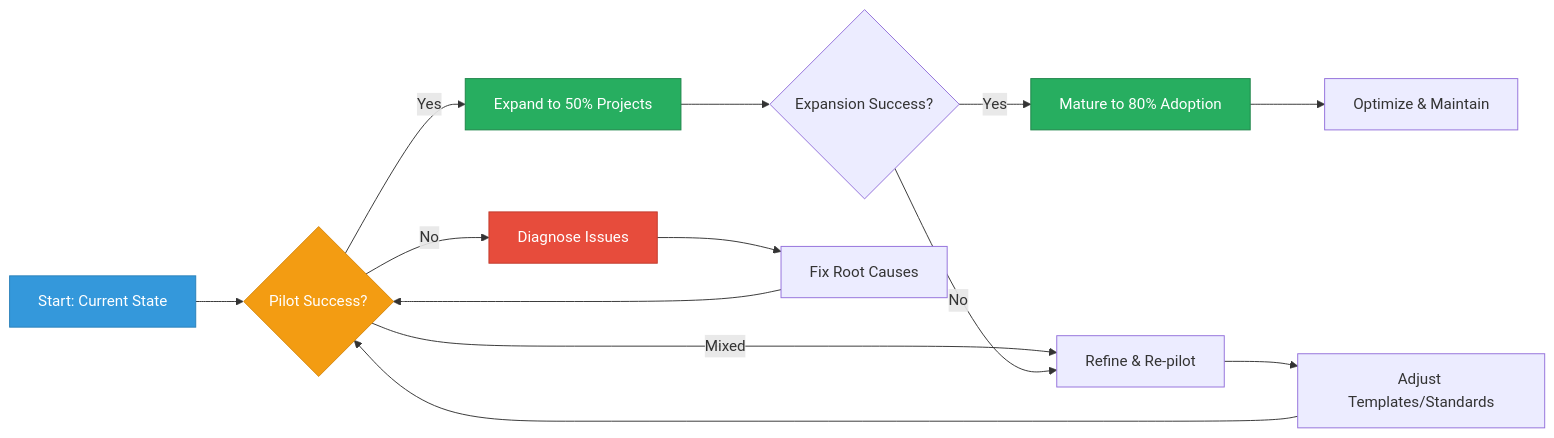
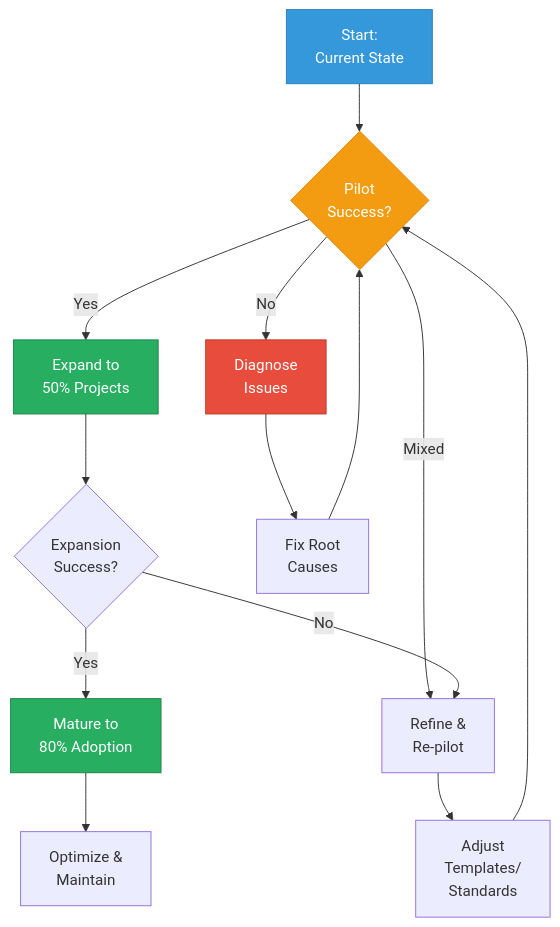
The third of 3 diagrams in blog/2025-10-22-implementing-spec-driven-development-tools-and-workflows-in-practice.mdx (tikazyq/marvinzhang.dev), drawn with Mermaid before and after one commit. The commit also changed other lines of this file and 1 other file, not shown here.

Commit message:
Fix SDD article: improve diagrams, add conservative language, reference Rice's theorem

````diff
--- a/blog/2025-10-22-implementing-spec-driven-development-tools-and-workflows-in-practice.mdx
+++ b/blog/2025-10-22-implementing-spec-driven-development-tools-and-workflows-in-practice.mdx
@@ -362,25 +294,25 @@
 ```mermaid
-flowchart LR
-    A["Start: Current State"] --> B{Pilot Success?}
-    B -->|Yes| C["Expand to 50% Projects"]
-    B -->|Mixed| D["Refine & Re-pilot"]
-    B -->|No| E["Diagnose Issues"]
+flowchart TB
+    A["Start:<br/>Current State"] --> B{Pilot<br/>Success?}
+    B -->|Yes| C["Expand to<br/>50% Projects"]
+    B -->|Mixed| D["Refine &<br/>Re-pilot"]
+    B -->|No| E["Diagnose<br/>Issues"]
     
-    C --> F{Expansion Success?}
-    F -->|Yes| G["Mature to 80% Adoption"]
+    C --> F{Expansion<br/>Success?}
+    F -->|Yes| G["Mature to<br/>80% Adoption"]
     F -->|No| D
     
-    D --> H["Adjust Templates/Standards"]
+    D --> H["Adjust<br/>Templates/<br/>Standards"]
     H --> B
     
-    E --> I["Fix Root Causes"]
+    E --> I["Fix Root<br/>Causes"]
     I --> B
     
-    G --> J["Optimize & Maintain"]
+    G --> J["Optimize &<br/>Maintain"]
     
     style A fill:#3498db,stroke:#2980b9,color:#fff
     style B fill:#f39c12,stroke:#d68910,color:#fff
     style C fill:#27ae60,stroke:#1e8449,color:#fff
     style G fill:#27ae60,stroke:#1e8449,color:#fff
     style E fill:#e74c3c,stroke:#c0392b,color:#fff
 ```
````
